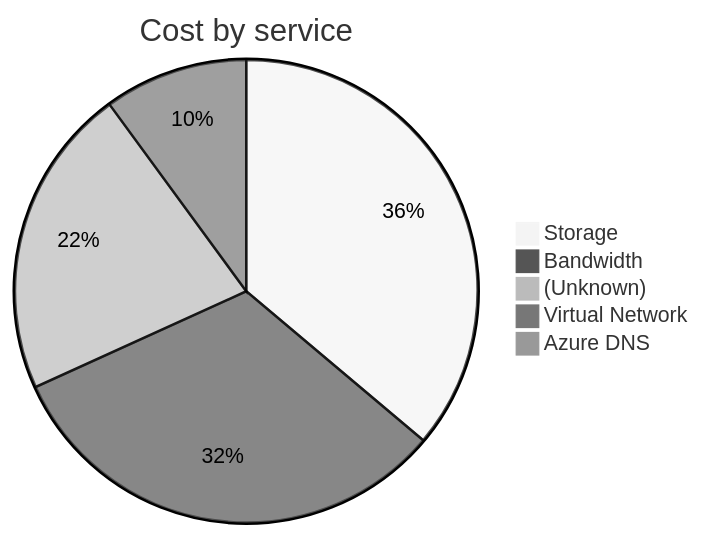
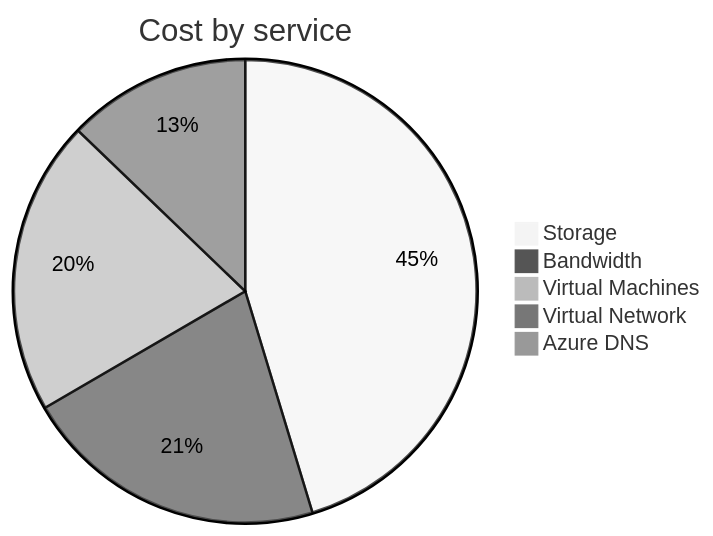
Before and after one commit to jpfulton/azure-personal-reports: the second of 4 diagrams in cost-reports/personal-network/README.md, drawn with Mermaid (neutral theme). The commit also changed other lines of this file and 8 other files, not shown here.

````diff
--- a/cost-reports/personal-network/README.md
+++ b/cost-reports/personal-network/README.md
@@ -99,9 +45,9 @@
 ```mermaid
 pie
    title Cost by service
-   "Storage" : 1.33
+   "Storage" : 2.51
    "Bandwidth" : 1.18
-   "(Unknown)" : 0.80
-   "Virtual Network" : 0.37
-   "Azure DNS" : 0.02
+   "Virtual Machines" : 1.14
+   "Virtual Network" : 0.71
+   "Azure DNS" : 0.05
 ```
````
